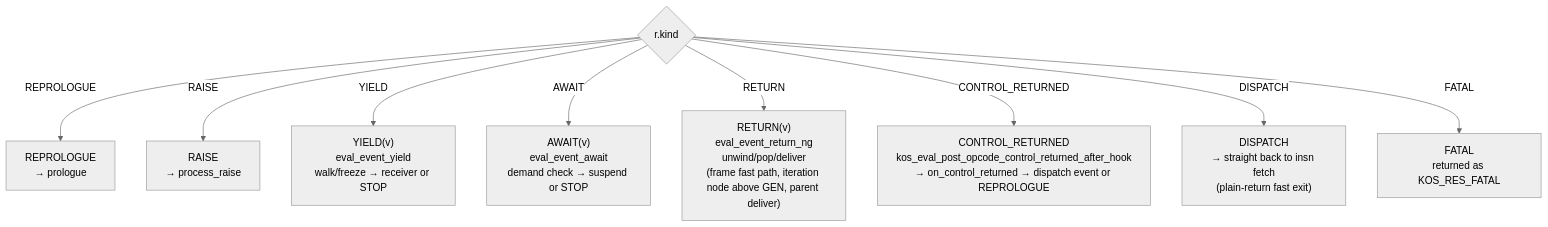
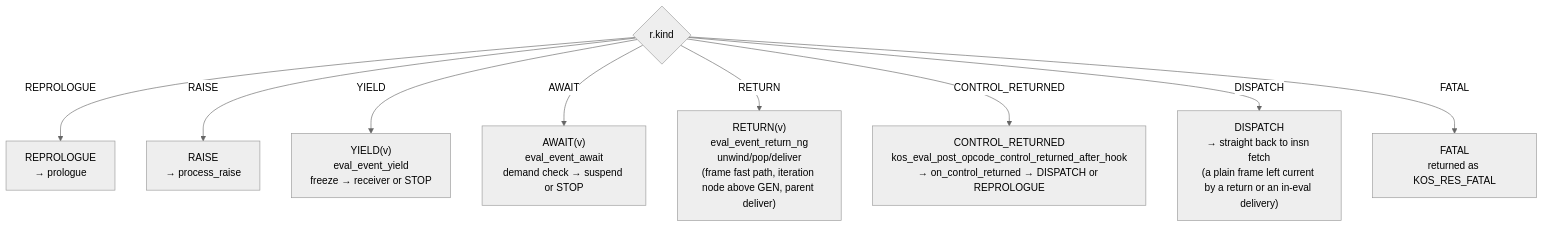
One commit to koskari-lang/koskari changed the seventh of 12 diagrams in design/EVALUATOR.md. Above: the diagram before and after it, drawn with Mermaid (neutral theme). The commit also changed other lines of this file and 5 other files, not shown here.

First line of the commit message:
Find the yielding generator once and freeze it without an offer walk

````diff
--- a/design/EVALUATOR.md
+++ b/design/EVALUATOR.md
@@ -463,21 +463,21 @@
 ```mermaid
 flowchart TD
     kind{"r.kind"}
     repro["REPROLOGUE<br/>→ prologue"]
     raise["RAISE<br/>→ process_raise"]
-    yield["YIELD(v)<br/>eval_event_yield<br/>walk/freeze → receiver or STOP"]
+    yield["YIELD(v)<br/>eval_event_yield<br/>freeze → receiver or STOP"]
     await["AWAIT(v)<br/>eval_event_await<br/>demand check → suspend or STOP"]
     ret["RETURN(v)<br/>eval_event_return_ng<br/>unwind/pop/deliver<br/>(frame fast path, iteration node above GEN, parent deliver)"]
-    ctrl["CONTROL_RETURNED<br/>kos_eval_post_opcode_control_returned_after_hook<br/>→ on_control_returned → dispatch event or REPROLOGUE"]
-    disp["DISPATCH<br/>→ straight back to insn fetch<br/>(plain-return fast exit)"]
+    ctrl["CONTROL_RETURNED<br/>kos_eval_post_opcode_control_returned_after_hook<br/>→ on_control_returned → DISPATCH or REPROLOGUE"]
+    disp["DISPATCH<br/>→ straight back to insn fetch<br/>(a plain frame left current by a return or an in-eval delivery)"]
     fatal["FATAL<br/>returned as KOS_RES_FATAL"]
 
     kind -->|REPROLOGUE| repro
     kind -->|RAISE| raise
     kind -->|YIELD| yield
     kind -->|AWAIT| await
     kind -->|RETURN| ret
     kind -->|CONTROL_RETURNED| ctrl
     kind -->|DISPATCH| disp
     kind -->|FATAL| fatal
 ```
````
